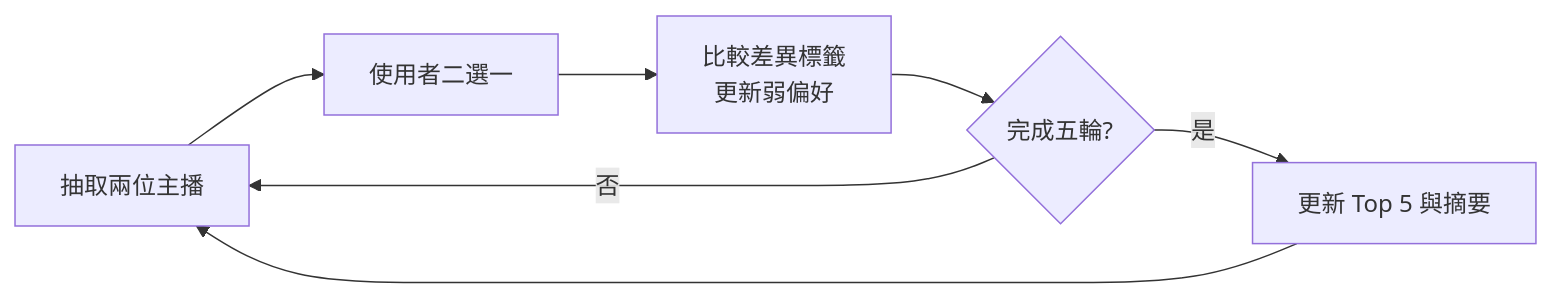
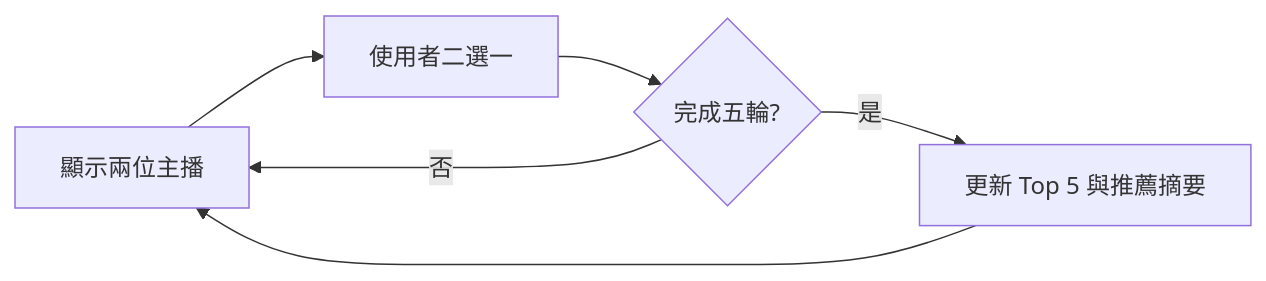
One commit to zzzpatr/streamer_recommend changed the second of 2 diagrams in README.md. Above: the diagram before and after it, drawn with Mermaid. The commit also changed other lines of this file, not shown here.

````diff
--- a/README.md
+++ b/README.md
@@ -67,9 +67,8 @@
 ```mermaid
 flowchart LR
-    A[抽取兩位主播] --> B[使用者二選一]
-    B --> C[比較差異標籤<br/>更新弱偏好]
-    C --> D{完成五輪?}
-    D -- 否 --> A
-    D -- 是 --> E[更新 Top 5 與摘要]
-    E --> A
+    A[顯示兩位主播] --> B[使用者二選一]
+    B --> C{完成五輪?}
+    C -- 否 --> A
+    C -- 是 --> D[更新 Top 5 與推薦摘要]
+    D --> A
 ```
````
